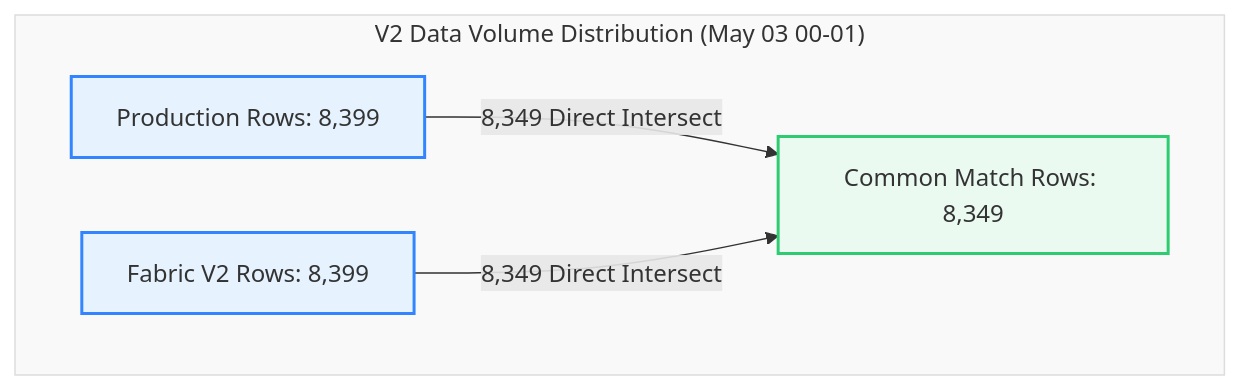
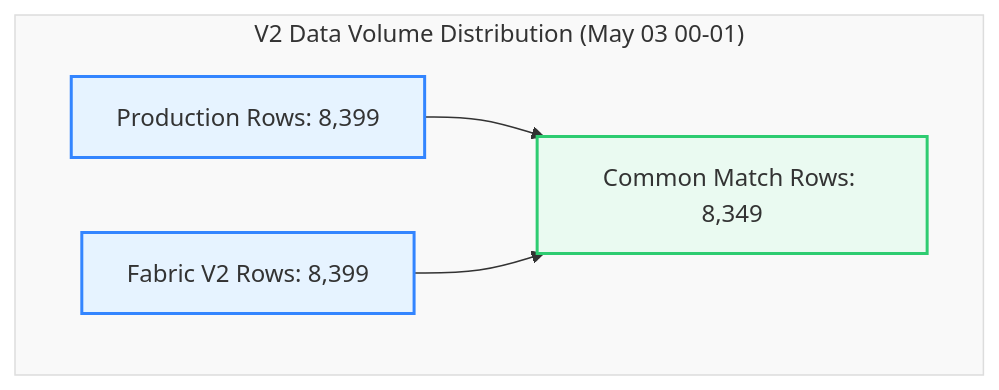
The diagram in Validation/V2Data_Validation2026-05-03(00-01).md (NeelmaniR-Useready/PolarDocs), drawn with Mermaid before and after one commit. The commit also changed 5 other files, not shown here.

Commit message:
Fix Mermaid chart syntax and pie chart rendering across all validation reports and Final_Report

````diff
--- a/Validation/V2Data_Validation2026-05-03(00-01).md
+++ b/Validation/V2Data_Validation2026-05-03(00-01).md
@@ -41,17 +41,17 @@
 ```mermaid
 graph TD
     classDef prodStyle fill:#e6f3ff,stroke:#3385ff,stroke-width:2px;
     classDef fabricStyle fill:#e6f3ff,stroke:#3385ff,stroke-width:2px;
     classDef commonStyle fill:#eafaf1,stroke:#2ecc71,stroke-width:2px;
 
     subgraph Comparison ["V2 Data Volume Distribution (May 03 00-01)"]
-        P[Production Rows: 8,399]:::prodStyle
-        F[Fabric V2 Rows: 8,399]:::fabricStyle
-        C[Common Match Rows: 8,349]:::commonStyle
+        P["Production Rows: 8,399"]:::prodStyle
+        F["Fabric V2 Rows: 8,399"]:::fabricStyle
+        C["Common Match Rows: 8,349"]:::commonStyle
         
-        P -->|8,349 Direct Intersect| C
-        F -->|8,349 Direct Intersect| C
+        P --> C
+        F --> C
     end
 
     style Comparison fill:#f9f9f9,stroke:#ddd,stroke-width:1px;
 ```
````
